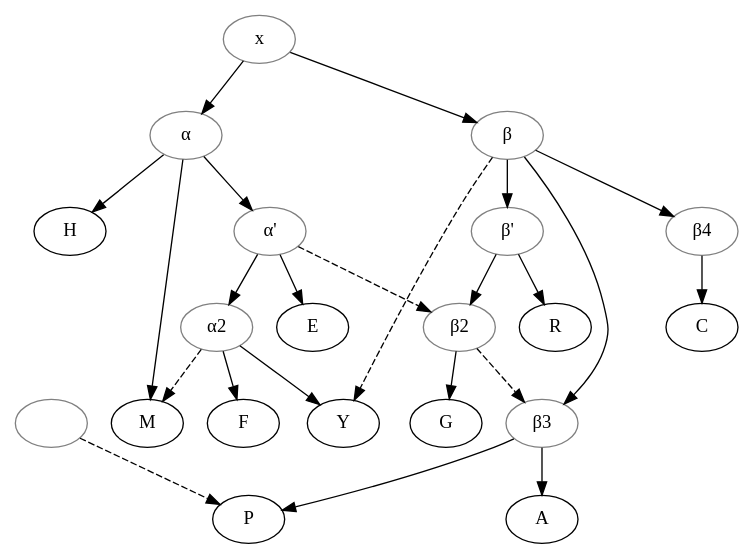
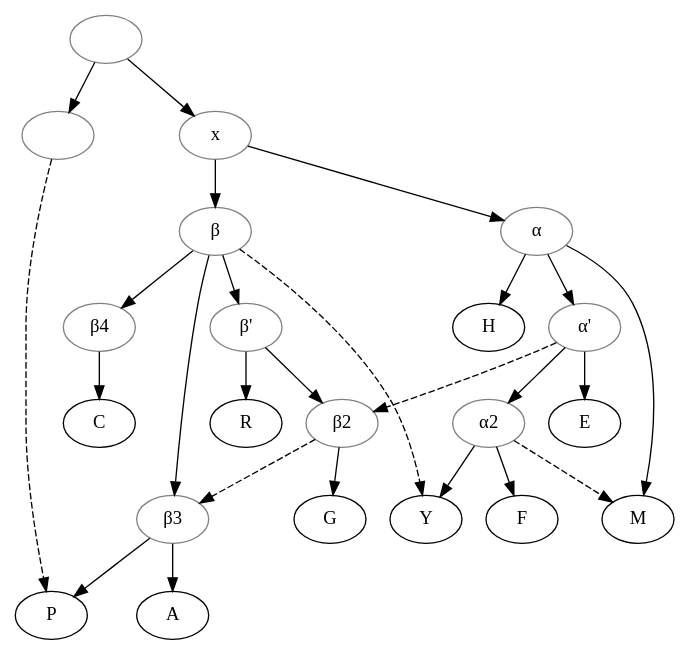
Before and after one commit to OpenStemmata/database: the diagram in data/fro/Ewert_1932_GuiWarewic/stemma.gv, drawn with Graphviz. The commit also changed 16 other files, not shown here.

```diff
--- a/data/fro/Ewert_1932_GuiWarewic/stemma.gv
+++ b/data/fro/Ewert_1932_GuiWarewic/stemma.gv
@@ -1,35 +1,38 @@
 digraph {
+original[label="", color="grey"]
 1[label="", color="grey"];
 alpha[label="α", color="grey"];
 alphaprime[label="α'", color="grey"];
 alpha2[label="α2"color="grey"];
 beta[label="β", color="grey"];
 betaprime[label="β'", color="grey"];
 beta2[label="β2"color="grey"];
 beta3[label="β3"color="grey"];
 beta4[label="β4"color="grey"];
 x[color="grey"];
+original->x;
 x->alpha;
 alpha->H;
 alpha->M;
 alpha->alphaprime;
 alphaprime->alpha2;
 alpha2->M[style=dashed];
 alpha2->F;
 alpha2->Y;
 alphaprime->E;
 alphaprime->beta2[style=dashed];
 x->beta;
 beta->Y[style=dashed];
 beta->beta4;
 beta4->C;
 beta->beta3;
 beta3->A;
 beta3->P;
 beta->betaprime;
 betaprime->beta2;
 beta2->beta3[style=dashed];
 beta2->G;
 betaprime->R;
 1->P[style=dashed];
+original->1;
 }
```
